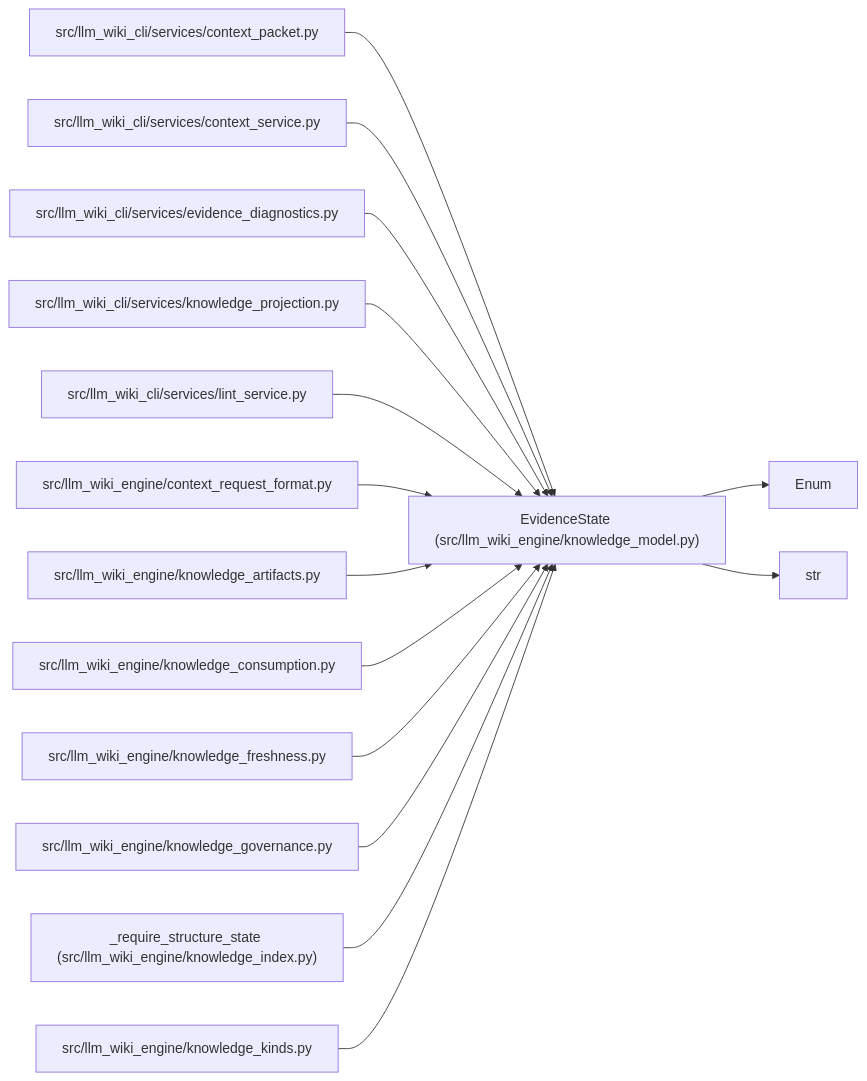
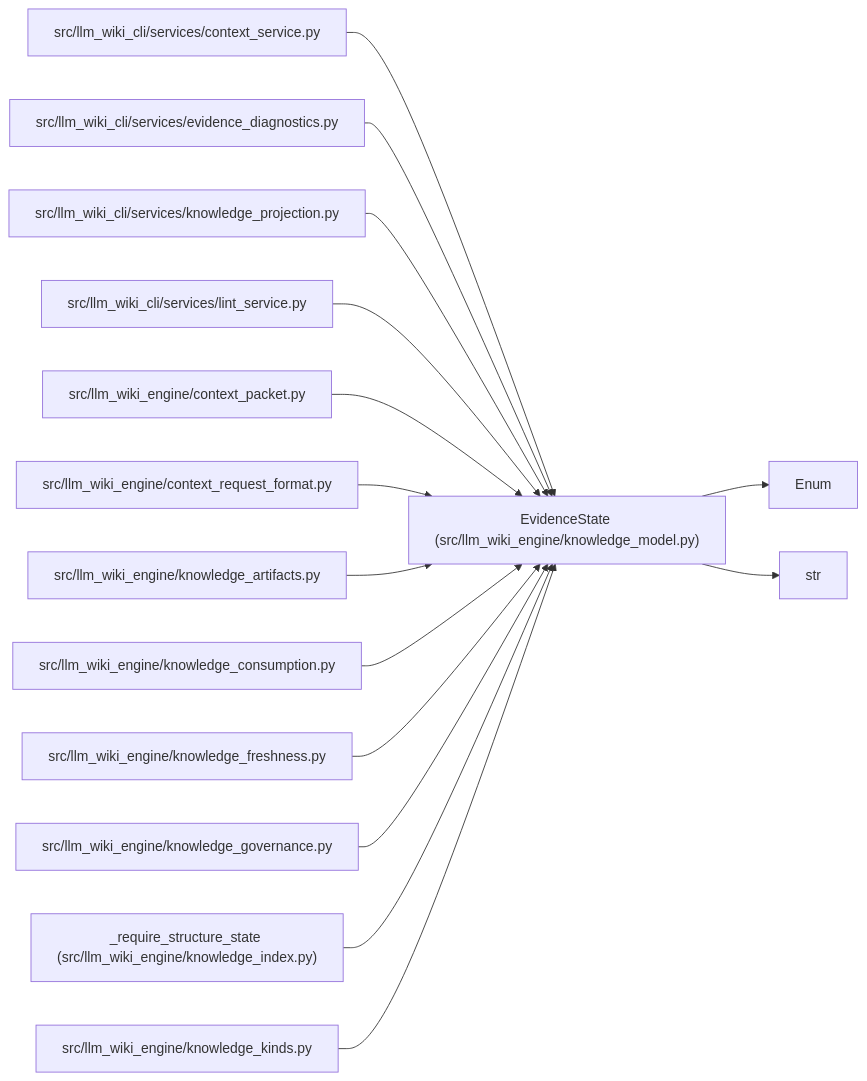
One commit to Denissvgn/python-wiki-llm changed the diagram in docs/llm_wiki/entities/EvidenceState.md. Above: the diagram before and after it, drawn with Mermaid. The commit also changed 577 other files, not shown here.

Commit message:
docs: refresh the wiki for the engine context packet

````diff
--- a/docs/llm_wiki/entities/EvidenceState.md
+++ b/docs/llm_wiki/entities/EvidenceState.md
@@ -29,45 +29,45 @@
 ```mermaid
 flowchart LR
     n0["EvidenceState (src/llm_wiki_engine/knowledge_model.py)"]
     n1["Enum"]
     n2["str"]
-    n3["src/llm_wiki_cli/services/context_packet.py"]
-    n4["src/llm_wiki_cli/services/context_service.py"]
-    n5["src/llm_wiki_cli/services/evidence_diagnostics.py"]
-    n6["src/llm_wiki_cli/services/knowledge_projection.py"]
-    n7["src/llm_wiki_cli/services/lint_service.py"]
+    n3["src/llm_wiki_cli/services/context_service.py"]
+    n4["src/llm_wiki_cli/services/evidence_diagnostics.py"]
+    n5["src/llm_wiki_cli/services/knowledge_projection.py"]
+    n6["src/llm_wiki_cli/services/lint_service.py"]
+    n7["src/llm_wiki_engine/context_packet.py"]
     n8["src/llm_wiki_engine/context_request_format.py"]
     n9["src/llm_wiki_engine/knowledge_artifacts.py"]
     n10["src/llm_wiki_engine/knowledge_consumption.py"]
     n11["src/llm_wiki_engine/knowledge_freshness.py"]
     n12["src/llm_wiki_engine/knowledge_governance.py"]
     n13["_require_structure_state (src/llm_wiki_engine/knowledge_index.py)"]
     n14["src/llm_wiki_engine/knowledge_kinds.py"]
     n0 --> n1
     n0 --> n2
     n3 --> n0
     n4 --> n0
     n5 --> n0
     n6 --> n0
     n7 --> n0
     n8 --> n0
     n9 --> n0
     n10 --> n0
     n11 --> n0
     n12 --> n0
     n13 --> n0
     n14 --> n0
     click n0 "../modules/knowledge_model.md"
-    click n3 "../modules/context_packet.md"
-    click n4 "../modules/context_service.md"
-    click n5 "../modules/evidence_diagnostics.md"
-    click n6 "../modules/knowledge_projection.md"
-    click n7 "../modules/lint_service.md"
+    click n3 "../modules/context_service.md"
+    click n4 "../modules/evidence_diagnostics.md"
+    click n5 "../modules/knowledge_projection.md"
+    click n6 "../modules/lint_service.md"
+    click n7 "../modules/context_packet.md"
     click n8 "../modules/context_request_format.md"
     click n9 "../modules/knowledge_artifacts.md"
     click n10 "../modules/knowledge_consumption.md"
     click n11 "../modules/knowledge_freshness.md"
     click n12 "../modules/knowledge_governance.md"
     click n13 "../modules/knowledge_index.md"
     click n14 "../modules/knowledge_kinds.md"
 ```
````
